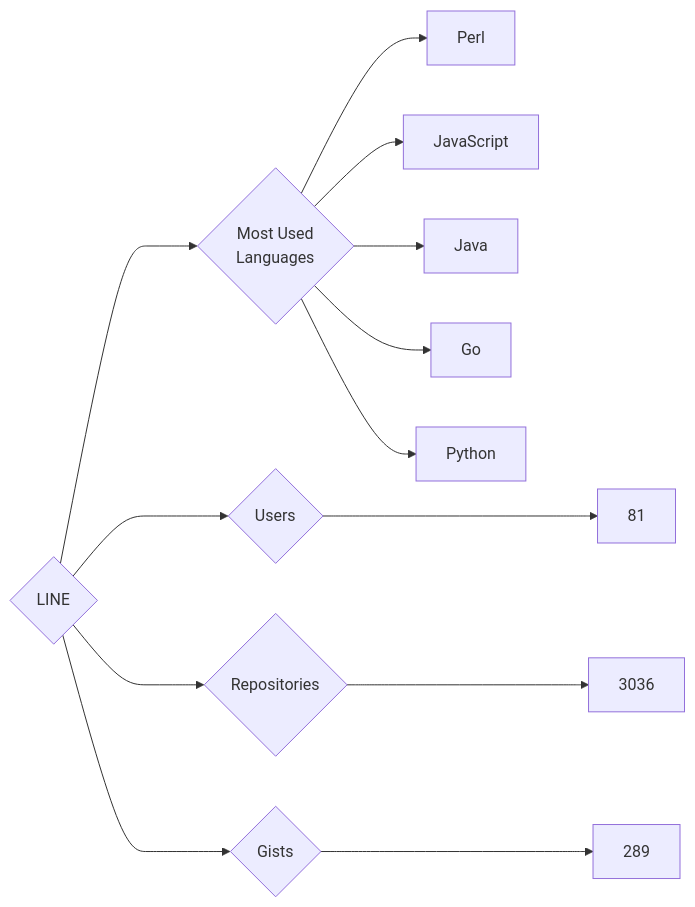
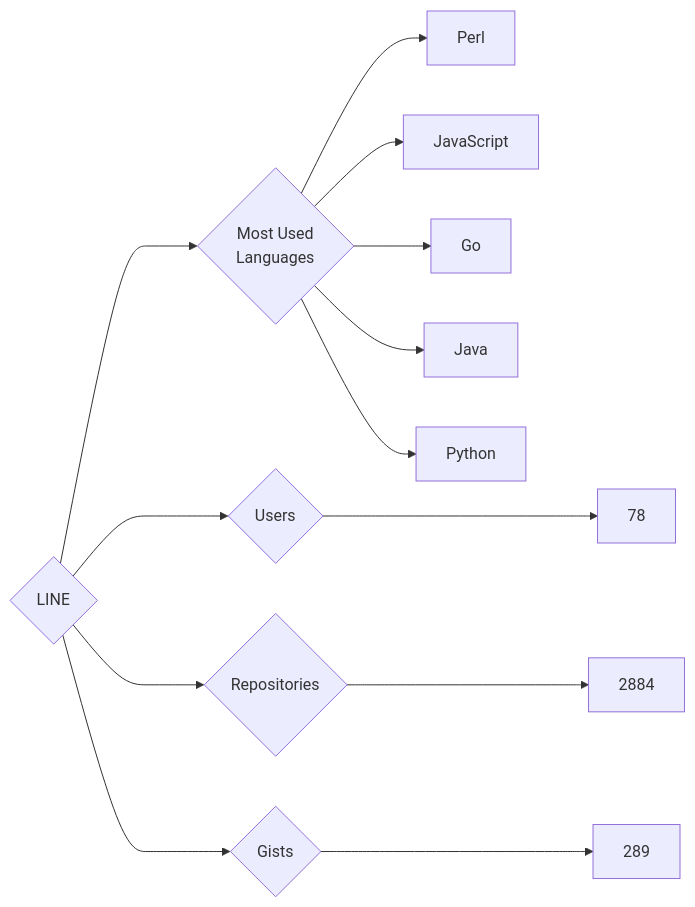
One commit to trickest/insiders changed the diagram in targets/LINE/README.md. Above: the diagram before and after it, drawn with Mermaid. The commit also changed 925 other files, not shown here.

````diff
--- a/targets/LINE/README.md
+++ b/targets/LINE/README.md
@@ -3,13 +3,13 @@
 ```mermaid
 graph LR
 COMPANY_NAME{LINE}
-COMPANY_NAME ---> U{Users} ---> UN[81]
-COMPANY_NAME ---> R{Repositories} ---> RN[3036]
+COMPANY_NAME ---> U{Users} ---> UN[78]
+COMPANY_NAME ---> R{Repositories} ---> RN[2884]
 COMPANY_NAME ---> G{Gists} ---> GN[289]
 COMPANY_NAME ---> ML{Most Used<br>Languages}
 ML --> Perl[Perl]
 ML --> JavaScript[JavaScript]
+ML --> Go[Go]
 ML --> Java[Java]
-ML --> Go[Go]
 ML --> Python[Python]
 ```
````
